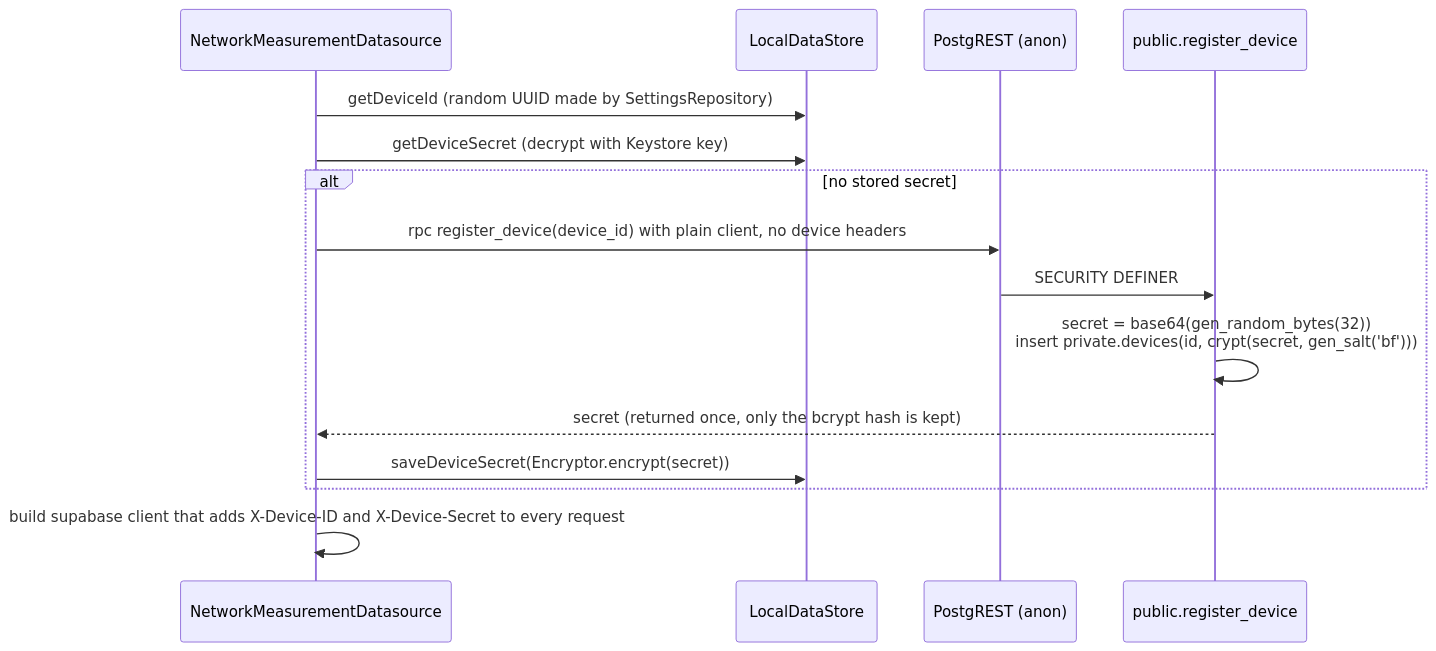
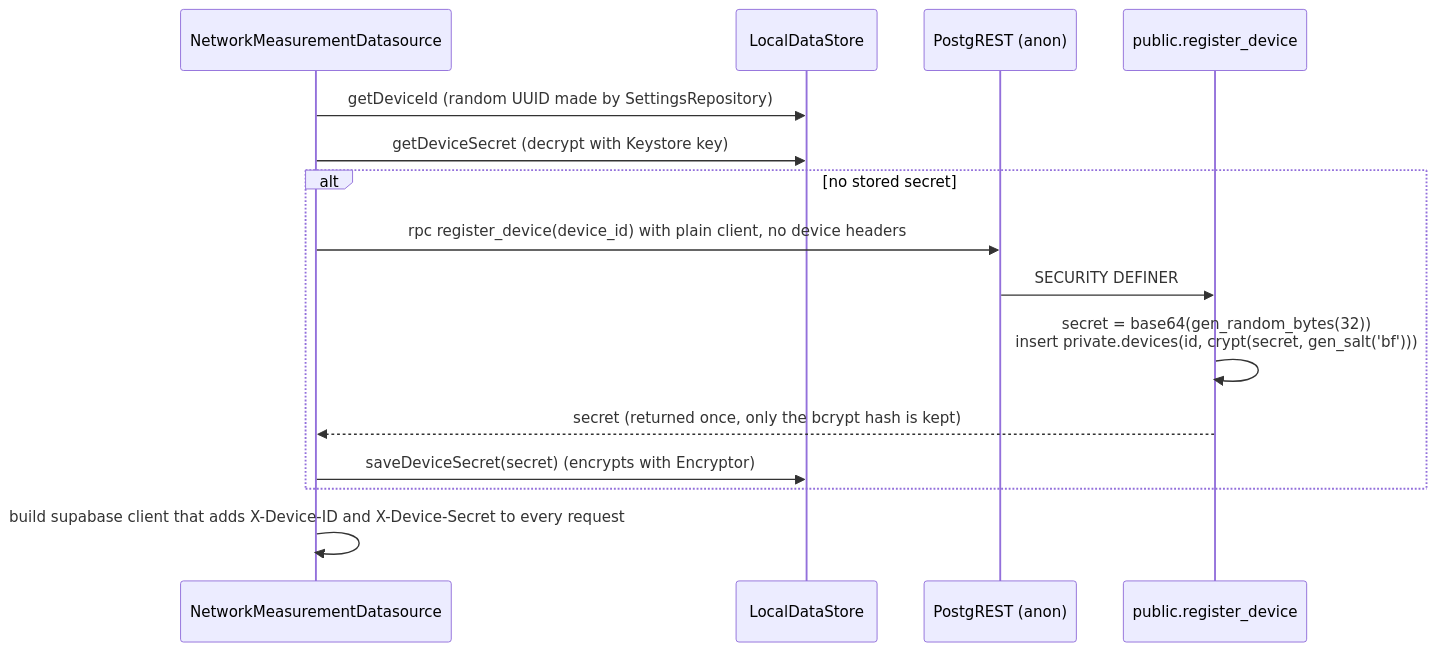
The diagram in docs/architecture/identity-and-security.md (CellWatch/cellwatch-app), drawn with Mermaid before and after one commit. The commit also changed other lines of this file and 22 other files, not shown here.

````diff
--- a/docs/architecture/identity-and-security.md
+++ b/docs/architecture/identity-and-security.md
@@ -11,17 +11,17 @@
 ```mermaid
 sequenceDiagram
     participant App as NetworkMeasurementDatasource
     participant DS as LocalDataStore
     participant API as PostgREST (anon)
     participant DB as public.register_device
     App->>DS: getDeviceId (random UUID made by SettingsRepository)
     App->>DS: getDeviceSecret (decrypt with Keystore key)
     alt no stored secret
         App->>API: rpc register_device(device_id) with plain client, no device headers
         API->>DB: SECURITY DEFINER
         DB->>DB: secret = base64(gen_random_bytes(32))<br/>insert private.devices(id, crypt(secret, gen_salt('bf')))
         DB-->>App: secret (returned once, only the bcrypt hash is kept)
-        App->>DS: saveDeviceSecret(Encryptor.encrypt(secret))
+        App->>DS: saveDeviceSecret(secret) (encrypts with Encryptor)
     end
     App->>App: build supabase client that adds X-Device-ID and X-Device-Secret to every request
 ```
````
